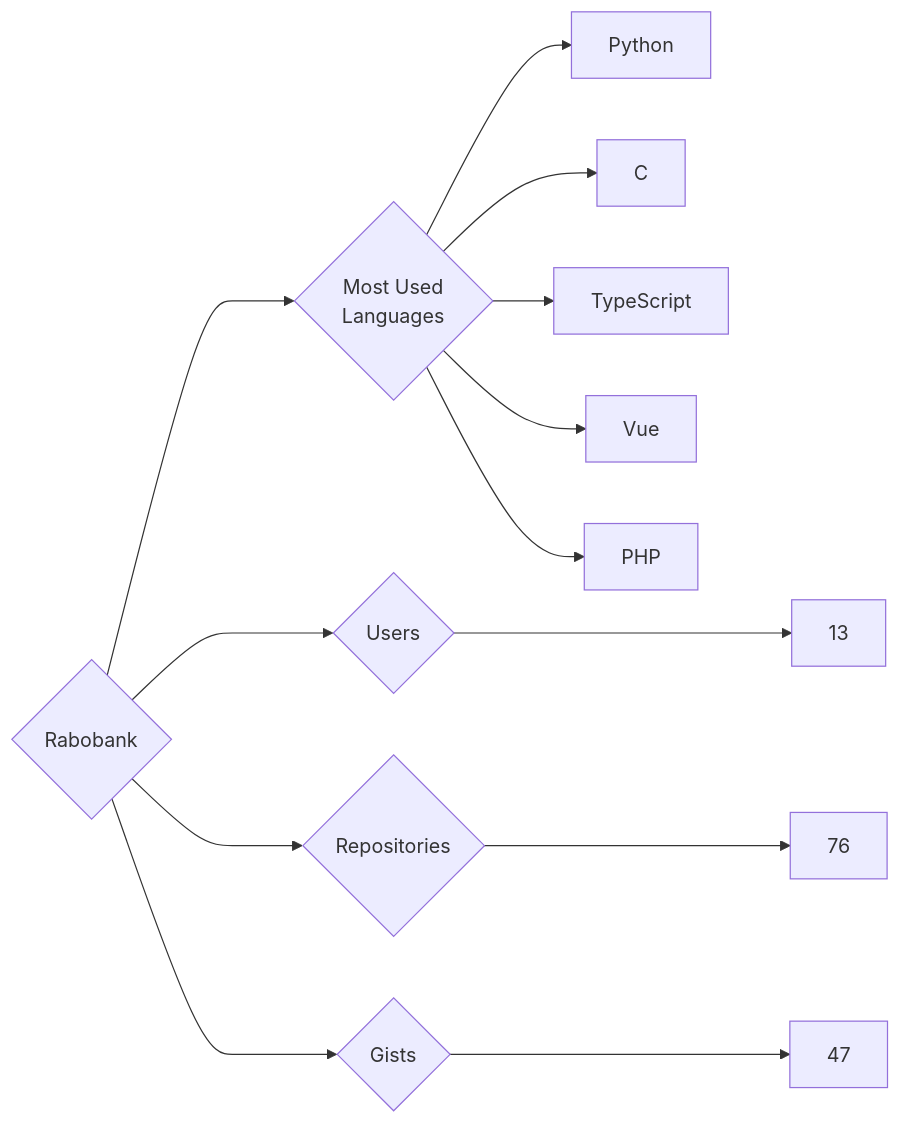
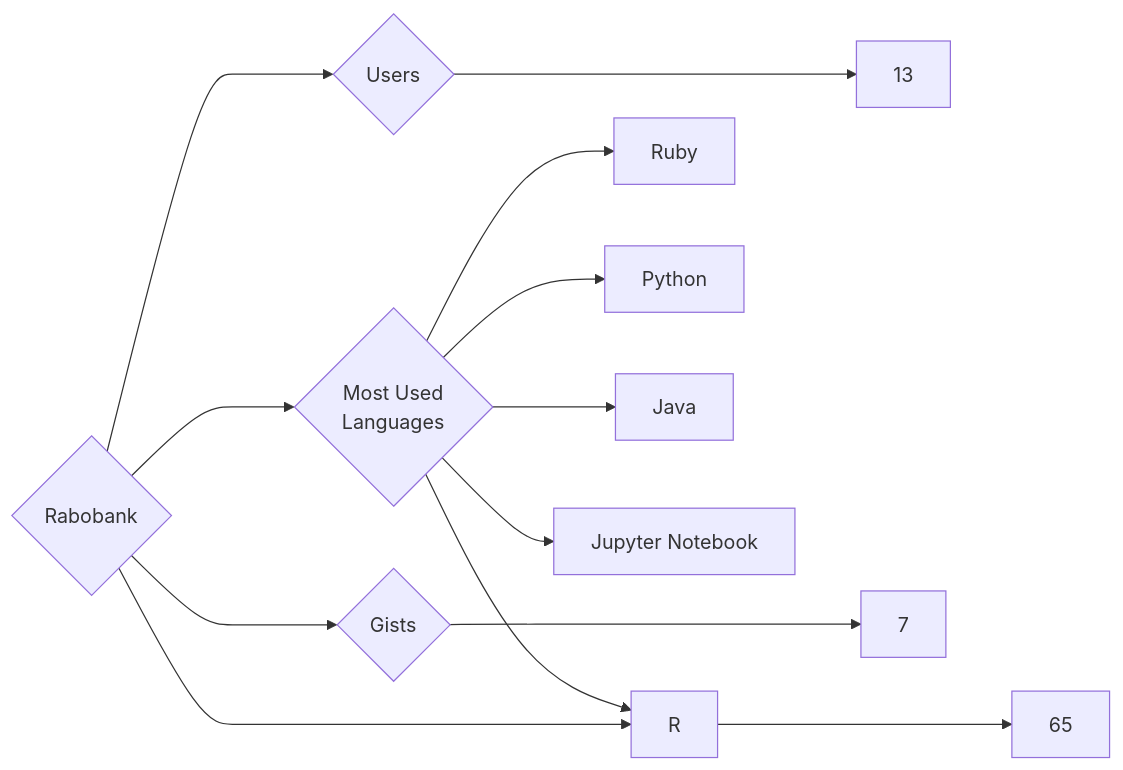
One commit to trickest/insiders changed the diagram in targets/Rabobank/README.md. Above: the diagram before and after it, drawn with Mermaid. The commit also changed 973 other files, not shown here.

````diff
--- a/targets/Rabobank/README.md
+++ b/targets/Rabobank/README.md
@@ -3,13 +3,13 @@
 ```mermaid
 graph LR
 COMPANY_NAME{Rabobank}
 COMPANY_NAME ---> U{Users} ---> UN[13]
-COMPANY_NAME ---> R{Repositories} ---> RN[76]
-COMPANY_NAME ---> G{Gists} ---> GN[47]
+COMPANY_NAME ---> R{Repositories} ---> RN[65]
+COMPANY_NAME ---> G{Gists} ---> GN[7]
 COMPANY_NAME ---> ML{Most Used<br>Languages}
+ML --> Ruby[Ruby]
 ML --> Python[Python]
-ML --> C[C]
-ML --> TypeScript[TypeScript]
-ML --> Vue[Vue]
-ML --> PHP[PHP]
+ML --> Java[Java]
+ML --> R[R]
+ML --> Jupyter_Notebook[Jupyter Notebook]
 ```
````
